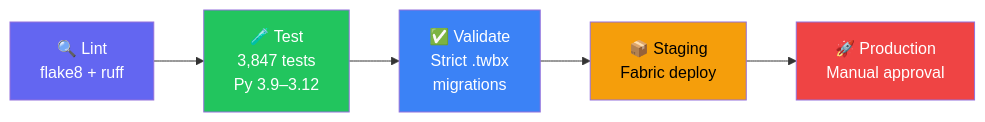
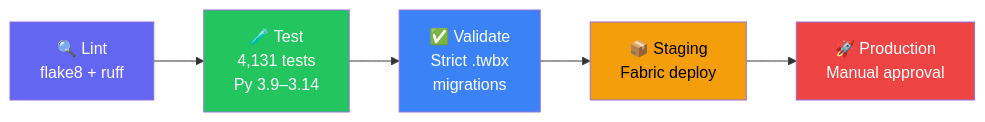
Before and after one commit to cyphou/Tableau-To-PowerBI: the third of 3 diagrams in README.md, drawn with Mermaid. The commit also changed other lines of this file and 8 other files, not shown here.

````diff
--- a/README.md
+++ b/README.md
@@ -603,13 +603,13 @@
 ```mermaid
 flowchart LR
-    L["🔍 Lint\nflake8 + ruff"] --> T["🧪 Test\n3,847 tests\nPy 3.9–3.12"]
+    L["🔍 Lint\nflake8 + ruff"] --> T["🧪 Test\n4,131 tests\nPy 3.9–3.14"]
     T --> V["✅ Validate\nStrict .twbx\nmigrations"]
     V --> S["📦 Staging\nFabric deploy"]
     S --> P["🚀 Production\nManual approval"]
     
     style L fill:#6366f1,color:#fff
     style T fill:#22c55e,color:#fff
     style V fill:#3b82f6,color:#fff
     style S fill:#f59e0b,color:#000
     style P fill:#ef4444,color:#fff
 ```
````
